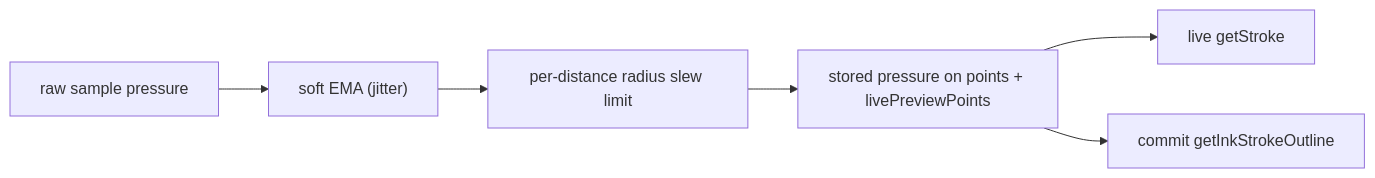
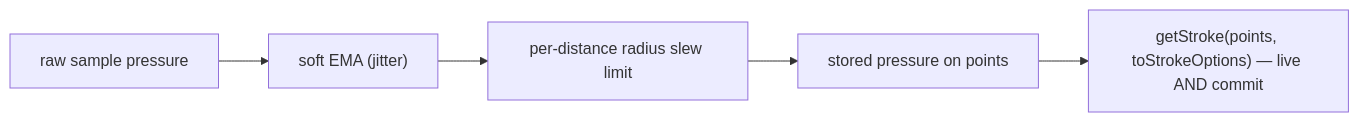
Before and after one commit to daledesilva/obsidian_ink: the second of 2 diagrams in docs/ink-canvas-stroke-artifacts.md, drawn with Mermaid. The commit also changed other lines of this file and 9 other files, not shown here.

````diff
--- a/docs/ink-canvas-stroke-artifacts.md
+++ b/docs/ink-canvas-stroke-artifacts.md
@@ -39,8 +39,7 @@
 ```mermaid
 flowchart LR
   raw["raw sample pressure"] --> ema["soft EMA (jitter)"]
   ema --> slew["per-distance radius slew limit"]
-  slew --> stored["stored pressure on points + livePreviewPoints"]
-  stored --> live["live getStroke"]
-  stored --> commit["commit getInkStrokeOutline"]
+  slew --> stored["stored pressure on points"]
+  stored --> render["getStroke(points, toStrokeOptions) — live AND commit"]
 ```
````
